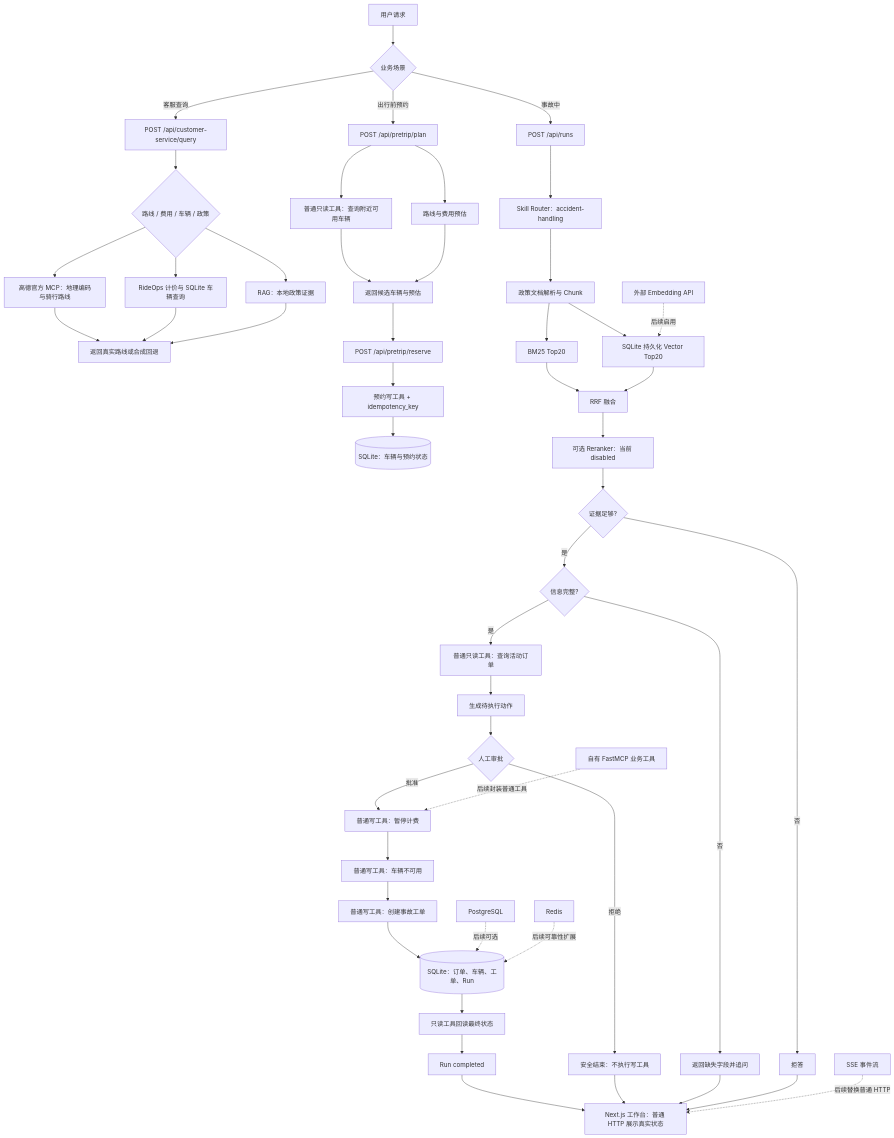
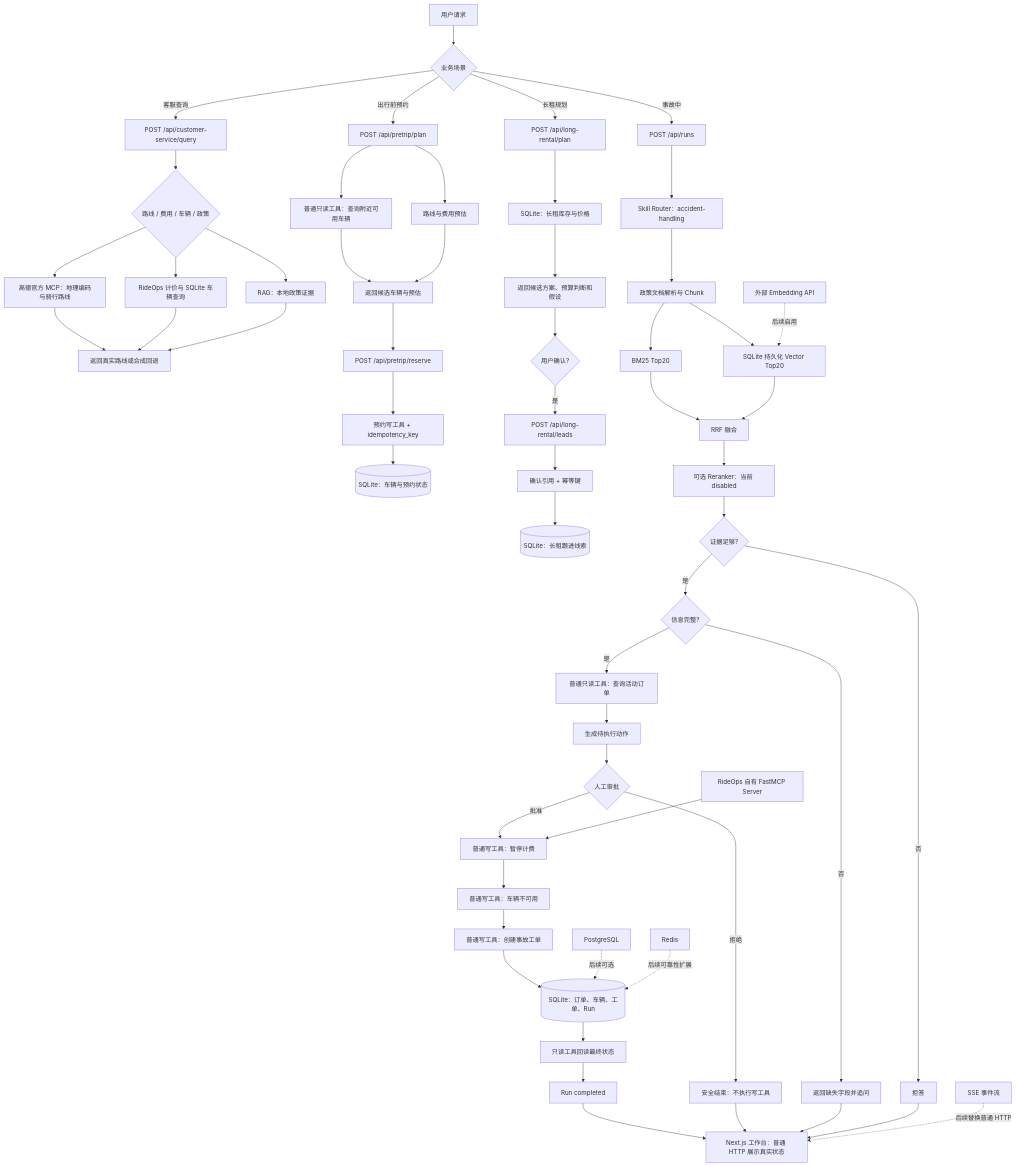
One commit to bao-bao-bus/rideops-agent changed the diagram in docs/architecture-flow.md. Above: the diagram before and after it, drawn with Mermaid. The commit also changed other lines of this file and 9 other files, not shown here.

Commit message:
feat: add approved long rental lead workflow

````diff
--- a/docs/architecture-flow.md
+++ b/docs/architecture-flow.md
@@ -5,56 +5,64 @@
 ```mermaid
 flowchart TD
     U[用户请求] --> S{业务场景}
 
     S -->|客服查询| C1[POST /api/customer-service/query]
     C1 --> C2{路线 / 费用 / 车辆 / 政策}
     C2 --> C3[高德官方 MCP：地理编码与骑行路线]
     C2 --> C4[RideOps 计价与 SQLite 车辆查询]
     C2 --> C5[RAG：本地政策证据]
     C3 --> C6[返回真实路线或合成回退]
     C4 --> C6
     C5 --> C6
 
     S -->|出行前预约| P1[POST /api/pretrip/plan]
     P1 --> P2[普通只读工具：查询附近可用车辆]
     P1 --> P3[路线与费用预估]
     P2 --> P4[返回候选车辆与预估]
     P3 --> P4
     P4 --> P5[POST /api/pretrip/reserve]
     P5 --> P6[预约写工具 + idempotency_key]
     P6 --> DB[(SQLite：车辆与预约状态)]
+
+    S -->|长租规划| L1[POST /api/long-rental/plan]
+    L1 --> L2[SQLite：长租库存与价格]
+    L2 --> L3[返回候选方案、预算判断和假设]
+    L3 --> L4{用户确认?}
+    L4 -->|是| L5[POST /api/long-rental/leads]
+    L5 --> L6[确认引用 + 幂等键]
+    L6 --> L7[(SQLite：长租跟进线索)]
 
     S -->|事故中| A1[POST /api/runs]
     A1 --> A2[Skill Router：accident-handling]
     A2 --> R1[政策文档解析与 Chunk]
     R1 --> R2[BM25 Top20]
     R1 --> R3[SQLite 持久化 Vector Top20]
     R2 --> R4[RRF 融合]
     R3 --> R4
     R4 --> R5[可选 Reranker：当前 disabled]
     R5 --> A3{证据足够?}
     A3 -->|否| REF[拒答]
     A3 -->|是| A4{信息完整?}
     A4 -->|否| ASK[返回缺失字段并追问]
     A4 -->|是| A5[普通只读工具：查询活动订单]
     A5 --> A6[生成待执行动作]
     A6 --> HITL{人工审批}
     HITL -->|拒绝| SAFE[安全结束：不执行写工具]
     HITL -->|批准| W1[普通写工具：暂停计费]
     W1 --> W2[普通写工具：车辆不可用]
     W2 --> W3[普通写工具：创建事故工单]
     W3 --> DB2[(SQLite：订单、车辆、工单、Run)]
     DB2 --> V1[只读工具回读最终状态]
     V1 --> DONE[Run completed]
 
     DONE --> F[Next.js 工作台：普通 HTTP 展示真实状态]
     SAFE --> F
     ASK --> F
     REF --> F
 
     API[外部 Embedding API] -.后续启用.-> R3
-    MCP[自有 FastMCP 业务工具] -.后续封装普通工具.-> W1
+    MCP[RideOps 自有 FastMCP Server] --> W1
     SSE[SSE 事件流] -.后续替换普通 HTTP.-> F
     PG[PostgreSQL] -.后续可选.-> DB2
     REDIS[Redis] -.后续可靠性扩展.-> DB2
 ```
````
